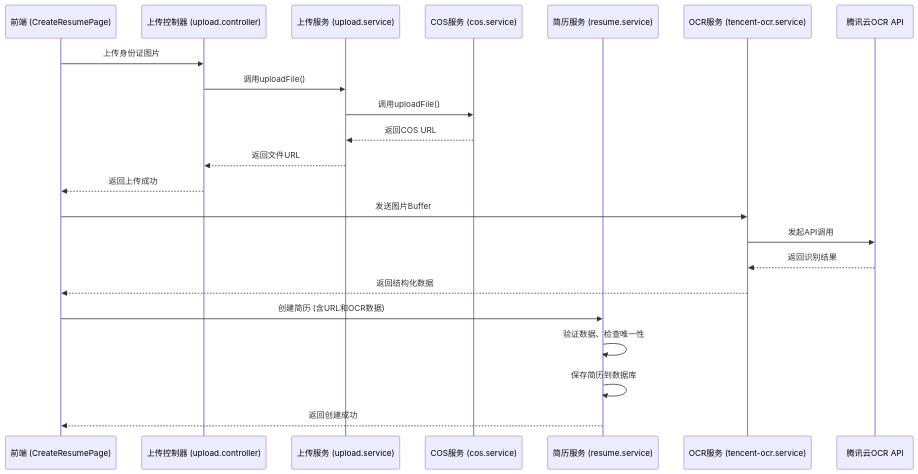
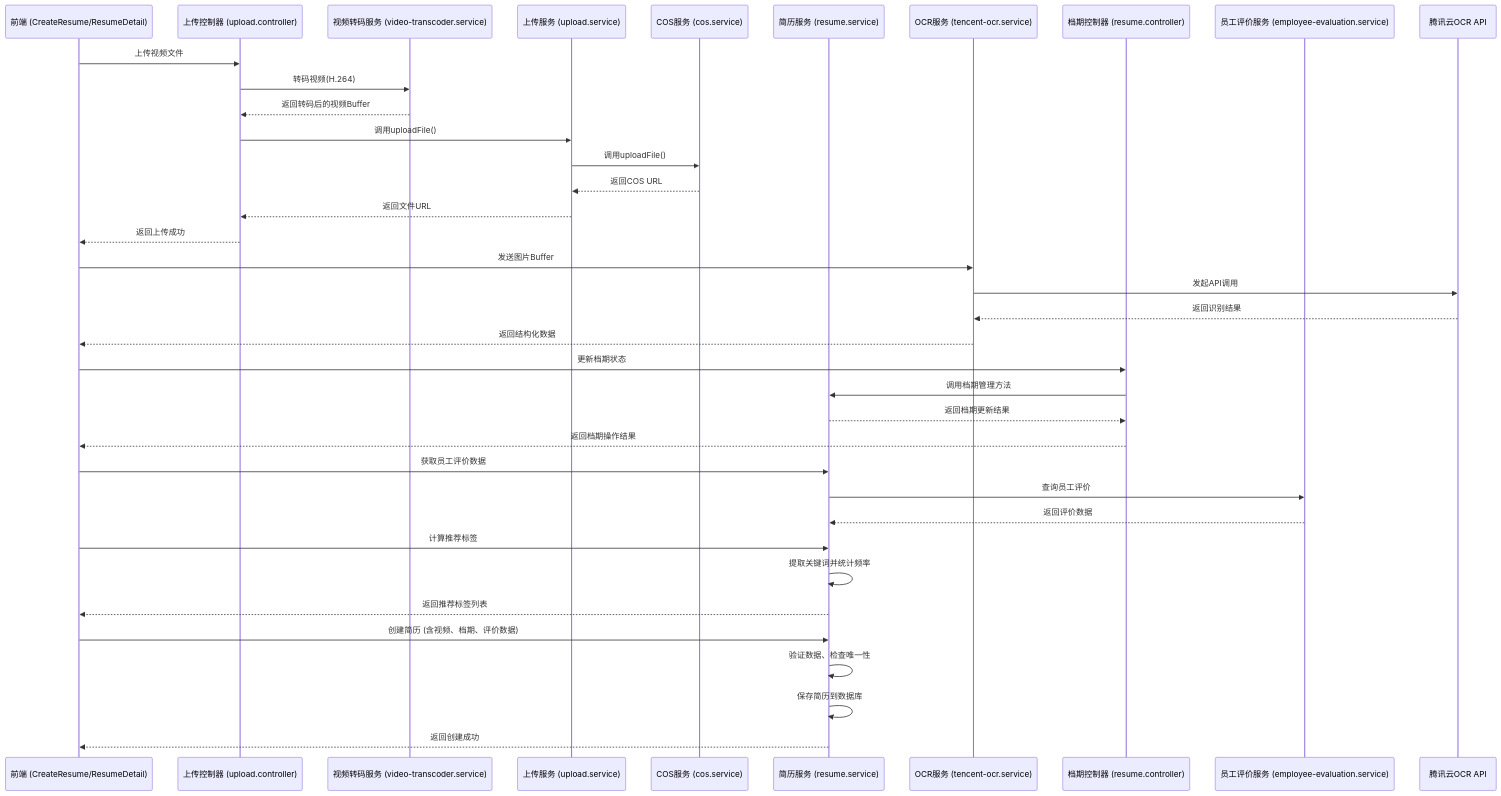
The second of 5 diagrams in .qoder/repowiki/zh/content/核心功能模块/简历管理模块.md (sunxuebo91/andejiazhengkaifa), drawn with Mermaid before and after one commit. The commit also changed other lines of this file and 439 other files, not shown here.

````diff
--- a/.qoder/repowiki/zh/content/核心功能模块/简历管理模块.md
+++ b/.qoder/repowiki/zh/content/核心功能模块/简历管理模块.md
@@ -87,23 +139,38 @@
 ```mermaid
 sequenceDiagram
-participant 前端 as 前端 (CreateResumePage)
+participant 前端 as 前端 (CreateResume/ResumeDetail)
 participant 上传控制器 as 上传控制器 (upload.controller)
+participant 视频转码服务 as 视频转码服务 (video-transcoder.service)
 participant 上传服务 as 上传服务 (upload.service)
 participant COS服务 as COS服务 (cos.service)
 participant 简历服务 as 简历服务 (resume.service)
 participant OCR服务 as OCR服务 (tencent-ocr.service)
-前端->>上传控制器 : 上传身份证图片
+participant 档期控制器 as 档期控制器 (resume.controller)
+participant 员工评价服务 as 员工评价服务 (employee-evaluation.service)
+前端->>上传控制器 : 上传视频文件
+上传控制器->>视频转码服务 : 转码视频(H.264)
+视频转码服务-->>上传控制器 : 返回转码后的视频Buffer
 上传控制器->>上传服务 : 调用uploadFile()
 上传服务->>COS服务 : 调用uploadFile()
 COS服务-->>上传服务 : 返回COS URL
 上传服务-->>上传控制器 : 返回文件URL
 上传控制器-->>前端 : 返回上传成功
 前端->>OCR服务 : 发送图片Buffer
 OCR服务->>腾讯云OCR API : 发起API调用
 腾讯云OCR API-->>OCR服务 : 返回识别结果
 OCR服务-->>前端 : 返回结构化数据
-前端->>简历服务 : 创建简历 (含URL和OCR数据)
+前端->>档期控制器 : 更新档期状态
+档期控制器->>简历服务 : 调用档期管理方法
+简历服务-->>档期控制器 : 返回档期更新结果
+档期控制器-->>前端 : 返回档期操作结果
+前端->>简历服务 : 获取员工评价数据
+简历服务->>员工评价服务 : 查询员工评价
+员工评价服务-->>简历服务 : 返回评价数据
+前端->>简历服务 : 计算推荐标签
+简历服务->>简历服务 : 提取关键词并统计频率
+简历服务-->>前端 : 返回推荐标签列表
+前端->>简历服务 : 创建简历 (含视频、档期、评价数据)
 简历服务->>简历服务 : 验证数据、检查唯一性
 简历服务->>简历服务 : 保存简历到数据库
 简历服务-->>前端 : 返回创建成功
 ```
````
